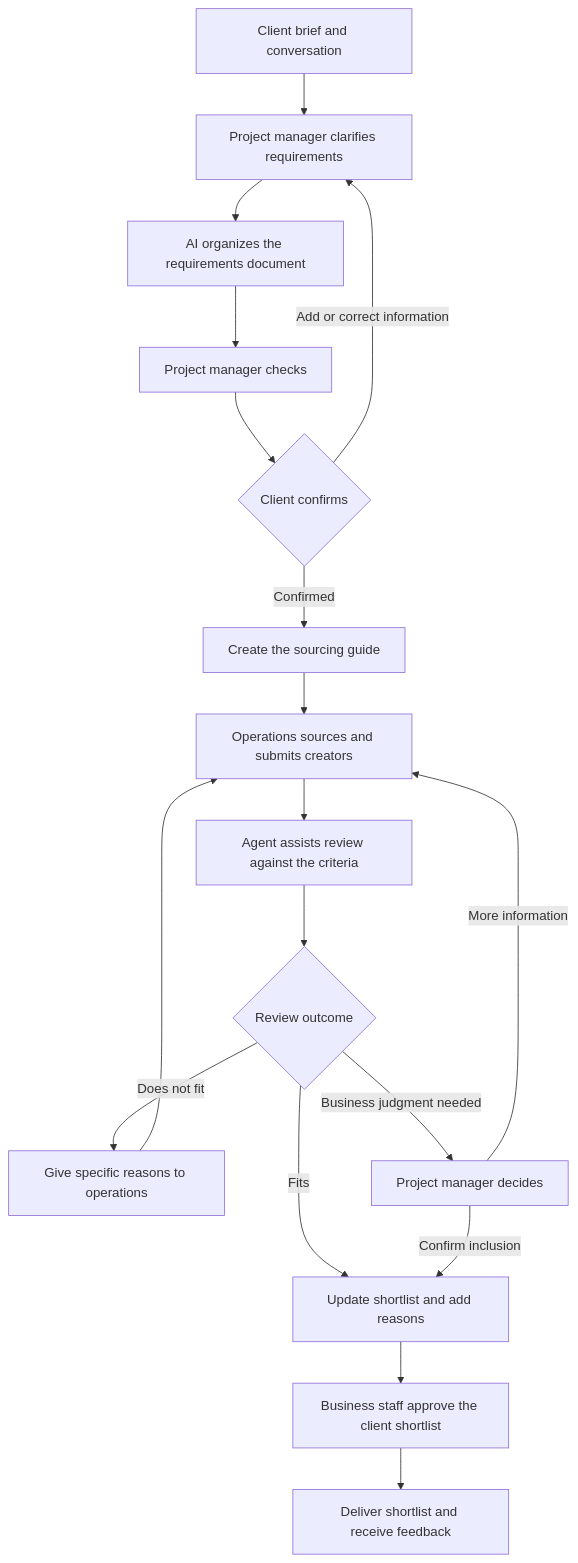
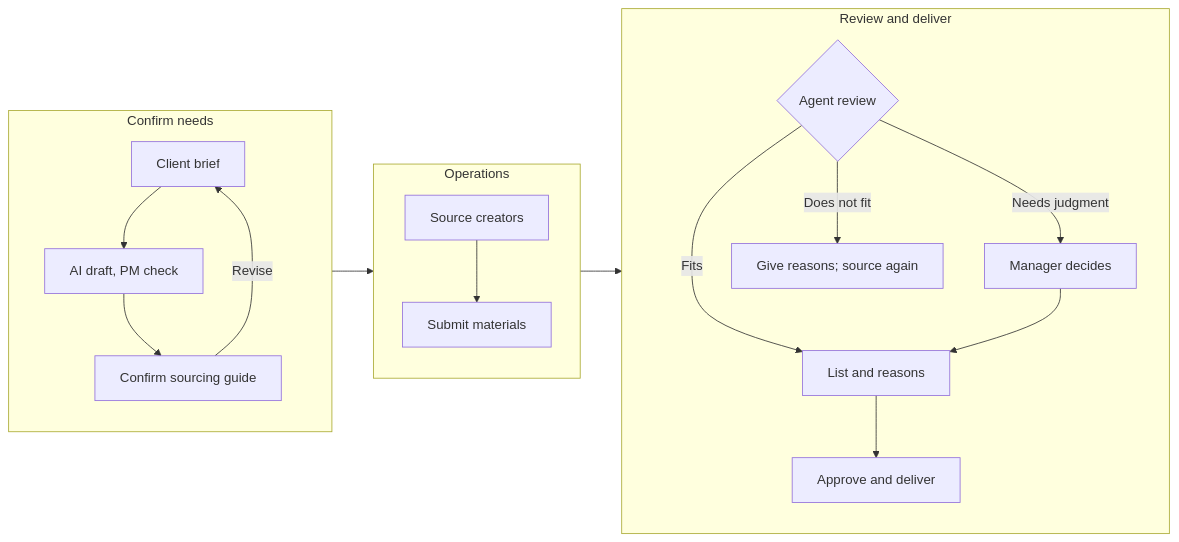
One commit to cytlabs/personal-site changed the first of 2 diagrams in content/en/cases/creator-marketing-delivery.md. Above: the diagram before and after it, drawn with Mermaid. The commit also changed other lines of this file and 17 other files, not shown here.

First line of the commit message:
统一图表排版、主题和大图查看 (#15)

````diff
--- a/content/en/cases/creator-marketing-delivery.md
+++ b/content/en/cases/creator-marketing-delivery.md
@@ -15,20 +15,22 @@
 ```mermaid
-flowchart TD
-    A["Client brief and conversation"] --> B["Project manager clarifies requirements"]
-    B --> C["AI organizes the requirements document"]
-    C --> D["Project manager checks"]
-    D --> E{"Client confirms"}
-    E -->|Add or correct information| B
-    E -->|Confirmed| F["Create the sourcing guide"]
-    F --> G["Operations sources and submits creators"]
-    G --> H["Agent assists review against the criteria"]
-    H --> I{"Review outcome"}
-    I -->|Fits| J["Update shortlist and add reasons"]
-    I -->|Does not fit| K["Give specific reasons to operations"]
-    I -->|Business judgment needed| L["Project manager decides"]
-    K --> G
-    L -->|More information| G
-    L -->|Confirm inclusion| J
-    J --> M["Business staff approve the client shortlist"]
-    M --> N["Deliver shortlist and receive feedback"]
+flowchart LR
+    subgraph NEED["Confirm needs"]
+        direction TB
+        A["Client brief"] --> B["AI draft, PM check"] --> C["Confirm sourcing guide"]
+        C -->|Revise| A
+    end
+    subgraph SOURCE["Operations"]
+        direction TB
+        E["Source creators"] --> F["Submit materials"]
+    end
+    subgraph REVIEW["Review and deliver"]
+        direction TB
+        H{"Agent review"}
+        H -->|Fits| I["List and reasons"]
+        H -->|Needs judgment| J["Manager decides"]
+        J --> I
+        I --> K["Approve and deliver"]
+        H -->|Does not fit| X["Give reasons; source again"]
+    end
+    NEED --> SOURCE --> REVIEW
 ```
````
